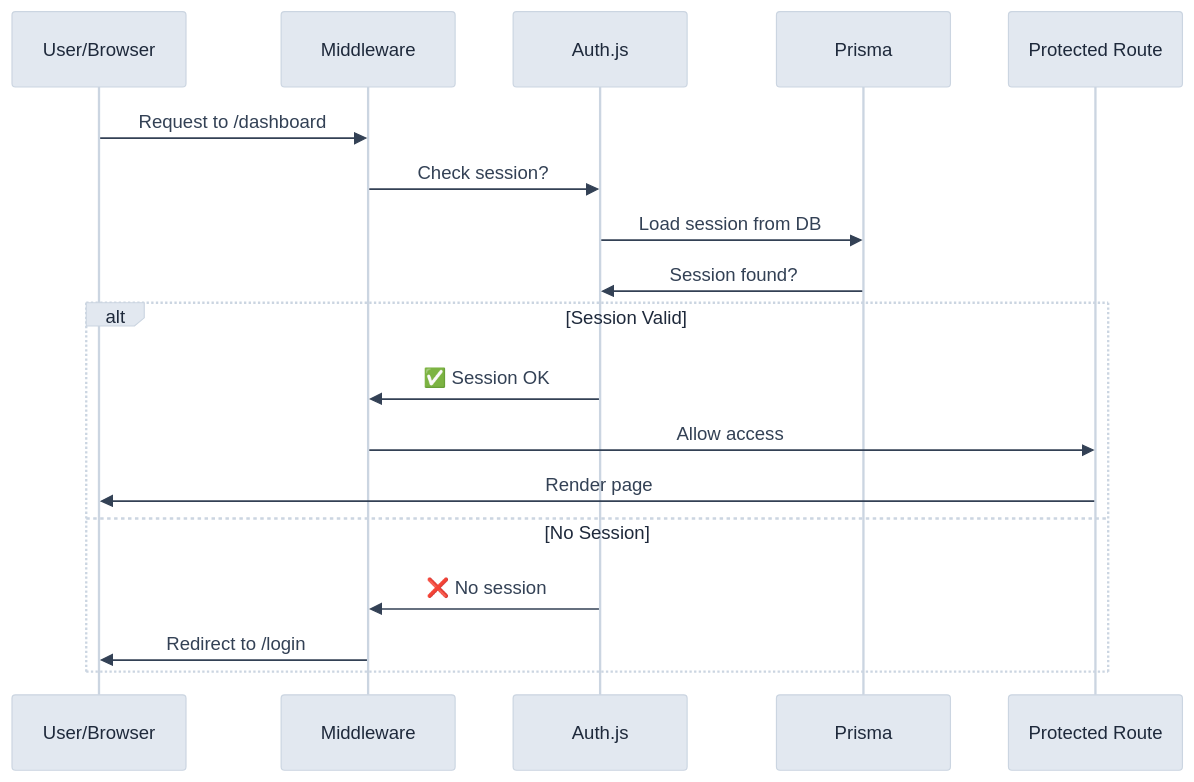
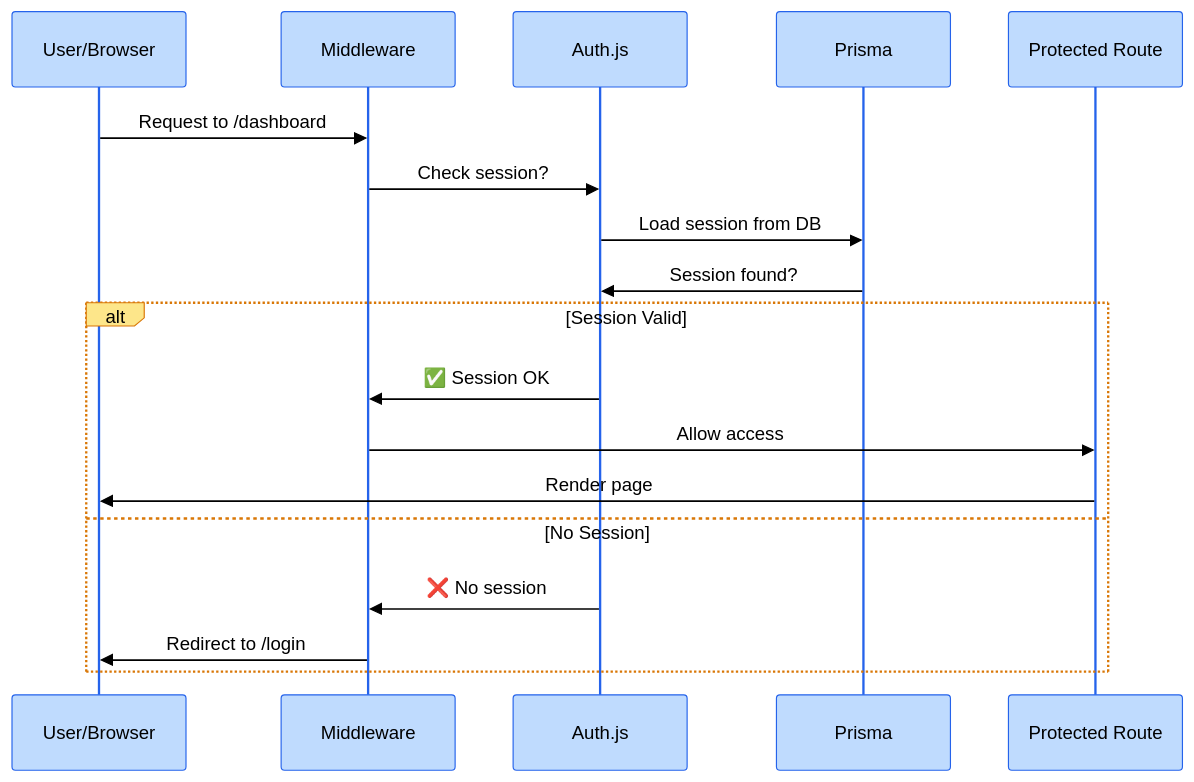
The first of 5 diagrams in doc/authentication-guide.md (3DHDSoft/devmultiplier-academy), drawn with Mermaid before and after one commit. The commit also changed other lines of this file and 17 other files, not shown here.

````diff
--- a/doc/authentication-guide.md
+++ b/doc/authentication-guide.md
@@ -20,32 +20,44 @@
 ```mermaid
 %%{init: {'theme': 'base', 'themeVariables': {
-  'primaryColor': '#e2e8f0',
-  'primaryTextColor': '#1e293b',
-  'primaryBorderColor': '#cbd5e1',
-  'lineColor': '#94a3b8',
-  'secondaryColor': '#f1f5f9',
-  'tertiaryColor': '#f8fafc',
+  'primaryColor': '#bfdbfe',
+  'primaryTextColor': '#000000',
+  'primaryBorderColor': '#3b82f6',
+  'lineColor': '#000000',
+  'secondaryColor': '#ddd6fe',
+  'tertiaryColor': '#a5f3fc',
   'background': '#ffffff',
-  'textColor': '#334155',
+  'textColor': '#000000',
+  'actorTextColor': '#000000',
+  'actorBkg': '#bfdbfe',
+  'actorBorder': '#2563eb',
+  'signalColor': '#000000',
+  'signalTextColor': '#000000',
+  'labelBoxBkgColor': '#fde68a',
+  'labelBoxBorderColor': '#d97706',
+  'labelTextColor': '#000000',
+  'noteBkgColor': '#e2e8f0',
+  'noteTextColor': '#000000',
+  'noteBorderColor': '#94a3b8',
   'fontFamily': 'system-ui, -apple-system, sans-serif'
-}}}%%sequenceDiagram
+}}}%%
+sequenceDiagram
     participant User as User/Browser
     participant Middleware
     participant Auth as Auth.js
     participant DB as Prisma
     participant Route as Protected Route
 
     User->>Middleware: Request to /dashboard
     Middleware->>Auth: Check session?
     Auth->>DB: Load session from DB
     DB->>Auth: Session found?
 
     alt Session Valid
         Auth->>Middleware: ✅ Session OK
         Middleware->>Route: Allow access
         Route->>User: Render page
     else No Session
         Auth->>Middleware: ❌ No session
         Middleware->>User: Redirect to /login
     end
 ```
````
